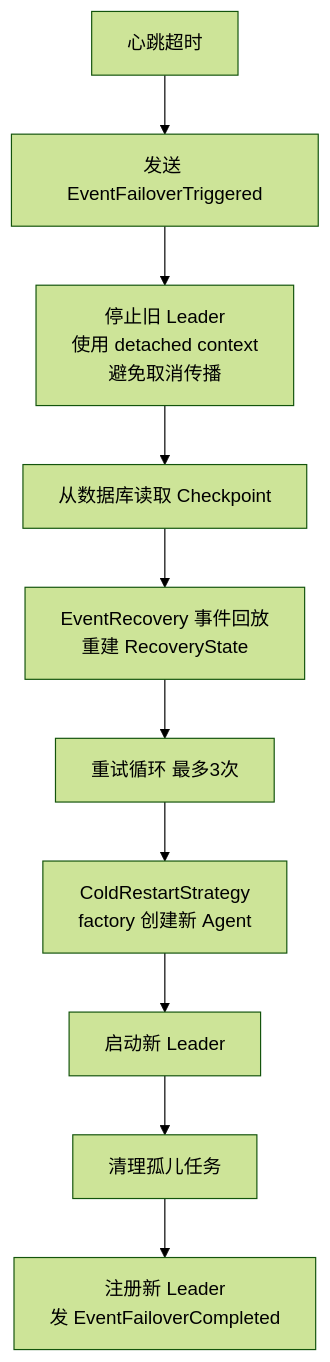
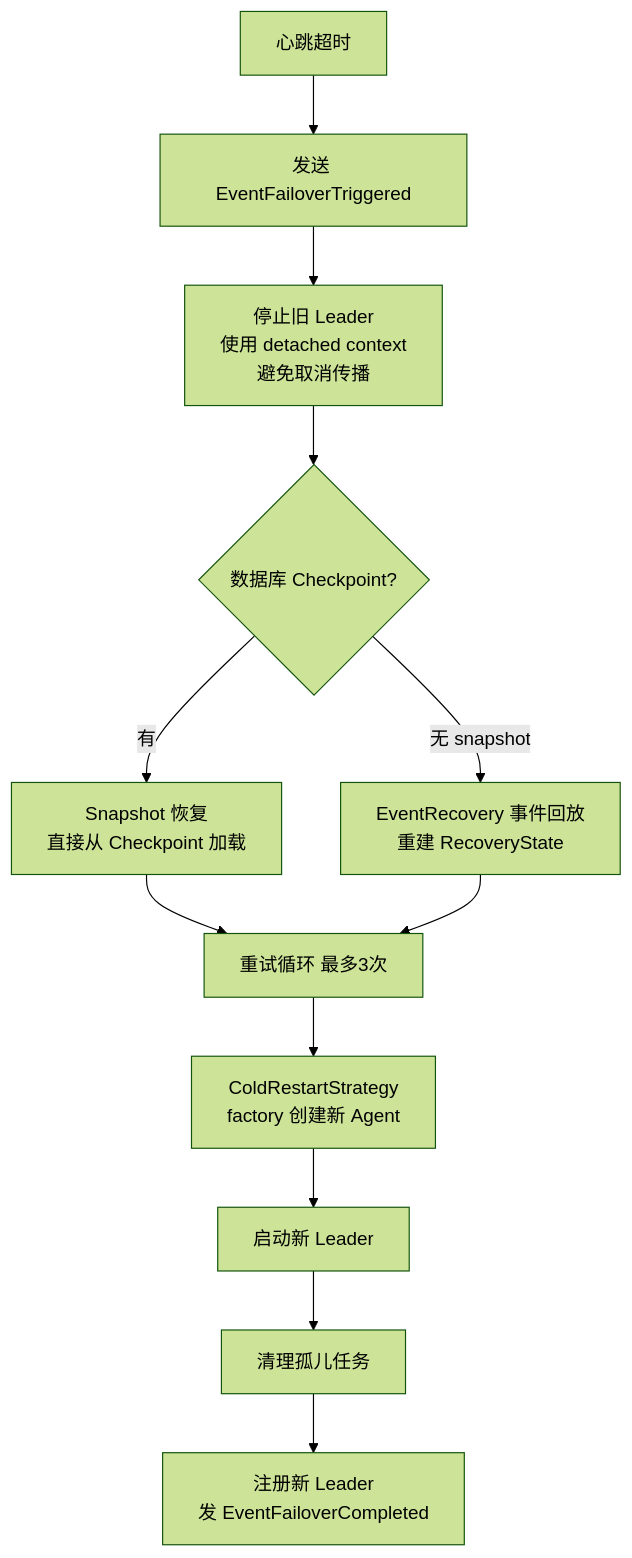
One commit to Timwood0x10/ARES changed the fifth of 7 diagrams in docs/articles/zh/runtime-lifecycle-deep-dive.md. Above: the diagram before and after it, drawn with Mermaid (forest theme). The commit also changed other lines of this file and 380 other files, not shown here.

````diff
--- a/docs/articles/zh/runtime-lifecycle-deep-dive.md
+++ b/docs/articles/zh/runtime-lifecycle-deep-dive.md
@@ -279,12 +512,14 @@
 ```mermaid
 graph TB
     TIMEOUT[心跳超时] --> EMIT[发送 EventFailoverTriggered]
     EMIT --> STOP[停止旧 Leader<br/>使用 detached context<br/>避免取消传播]
-    STOP --> CP[从数据库读取 Checkpoint]
-    CP --> ER[EventRecovery 事件回放<br/>重建 RecoveryState]
-    ER --> RETRY[重试循环 最多3次]
+    STOP --> CP{数据库 Checkpoint?}
+    CP -->|有| SNAP[Snapshot 恢复<br/>直接从 Checkpoint 加载]
+    CP -->|无 snapshot| ER[EventRecovery 事件回放<br/>重建 RecoveryState]
+    SNAP --> RETRY[重试循环 最多3次]
+    ER --> RETRY
     RETRY --> COLD[ColdRestartStrategy<br/>factory 创建新 Agent]
     COLD --> START[启动新 Leader]
     START --> CLEAN[清理孤儿任务]
     CLEAN --> DONE[注册新 Leader<br/>发 EventFailoverCompleted]
 ```
````
